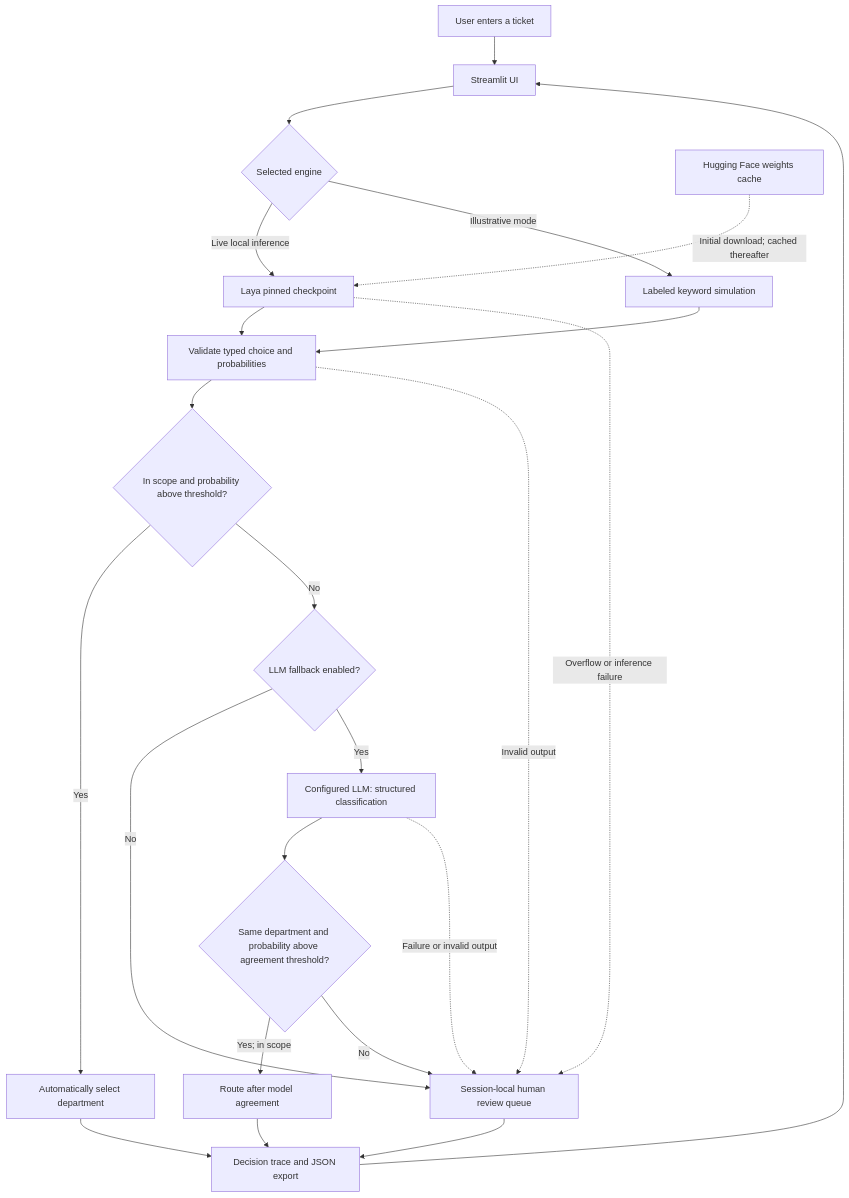
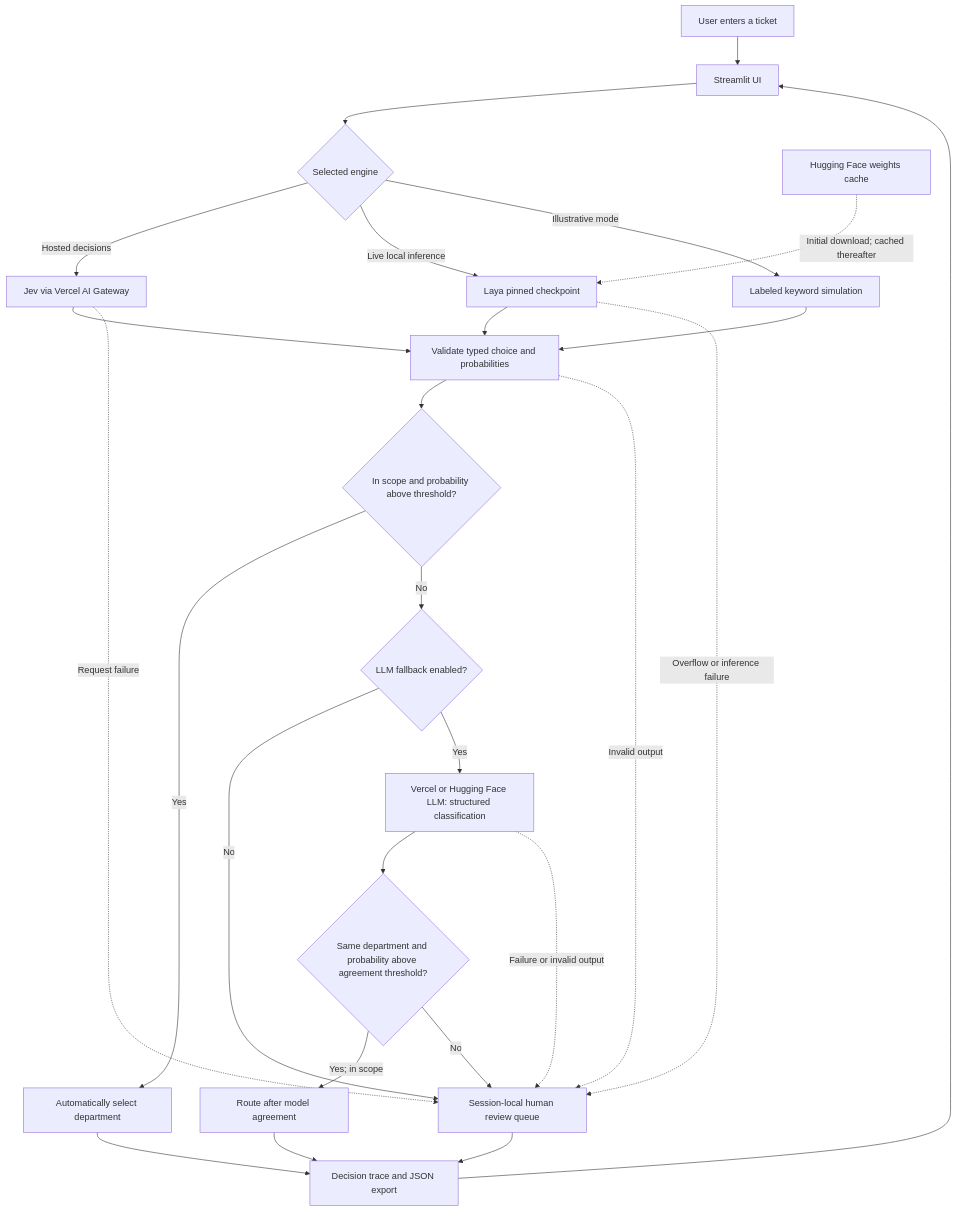
The first of 2 diagrams in docs/architecture.md (nikhilbhide/decision-router), drawn with Mermaid before and after one commit. The commit also changed other lines of this file and 9 other files, not shown here.

Commit message:
feat: add hosted Jev and Vercel LLM connections

````diff
--- a/docs/architecture.md
+++ b/docs/architecture.md
@@ -5,25 +5,28 @@
 ```mermaid
 flowchart TD
     User["User enters a ticket"] --> UI["Streamlit UI"]
     UI --> Provider{"Selected engine"}
+    Provider -->|"Hosted decisions"| Jev["Jev via Vercel AI Gateway"]
     Provider -->|"Live local inference"| Laya["Laya pinned checkpoint"]
     Provider -->|"Illustrative mode"| Sim["Labeled keyword simulation"]
     HF["Hugging Face weights cache"] -.->|"Initial download; cached thereafter"| Laya
     Laya --> Valid["Validate typed choice and probabilities"]
+    Jev --> Valid
     Sim --> Valid
     Valid --> Gate{"In scope and probability above threshold?"}
     Gate -->|"Yes"| Auto["Automatically select department"]
     Gate -->|"No"| Enabled{"LLM fallback enabled?"}
     Enabled -->|"No"| Human["Session-local human review queue"]
-    Enabled -->|"Yes"| LLM["Configured LLM: structured classification"]
+    Enabled -->|"Yes"| LLM["Vercel or Hugging Face LLM: structured classification"]
     LLM --> Agree{"Same department and probability above agreement threshold?"}
     Agree -->|"Yes; in scope"| FallbackAuto["Route after model agreement"]
     Agree -->|"No"| Human
     Laya -.->|"Overflow or inference failure"| Human
+    Jev -.->|"Request failure"| Human
     Valid -.->|"Invalid output"| Human
     LLM -.->|"Failure or invalid output"| Human
     Auto --> Trace["Decision trace and JSON export"]
     FallbackAuto --> Trace
     Human --> Trace
     Trace --> UI
 ```
````
